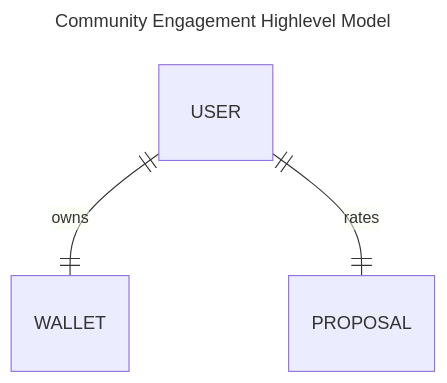
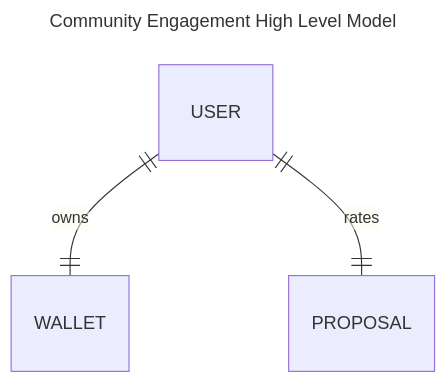
One commit to Photrek/Community-Governance changed the first of 2 diagrams in CES_MVP/README.md. Above: the diagram before and after it, drawn with Mermaid. The commit also changed other lines of this file, not shown here.

Commit message:
Enhance Readme.md

````diff
--- a/CES_MVP/README.md
+++ b/CES_MVP/README.md
@@ -24,8 +24,8 @@
 ```mermaid
 ---
-title: Community Engagement Highlevel Model
+title: Community Engagement High Level Model
 ---
 erDiagram
     USER ||--|| WALLET : owns
     USER ||--|| PROPOSAL : rates
 ```
````
